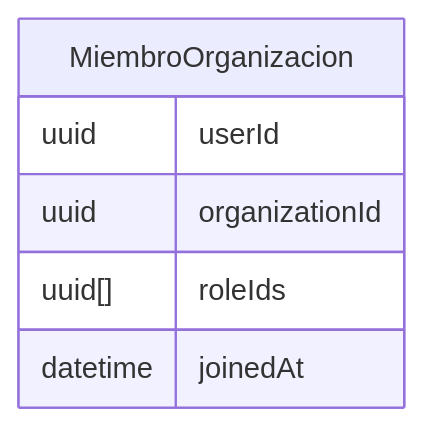
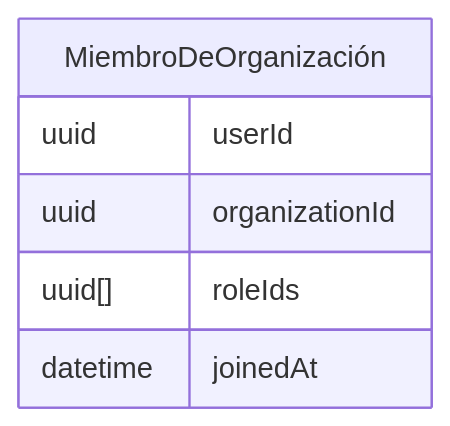
Before and after one commit to logto-io/docs: the fifth of 7 diagrams in i18n/es/docusaurus-plugin-content-docs/current/use-cases/multi-tenancy/build-multi-tenant-saas-application.mdx, drawn with Mermaid. The commit also changed other lines of this file and 74 other files, not shown here.

````diff
--- a/i18n/es/docusaurus-plugin-content-docs/current/use-cases/multi-tenancy/build-multi-tenant-saas-application.mdx
+++ b/i18n/es/docusaurus-plugin-content-docs/current/use-cases/multi-tenancy/build-multi-tenant-saas-application.mdx
@@ -281,10 +281,10 @@
 ```mermaid
 erDiagram
-    MiembroOrganizacion {
+    MiembroDeOrganización {
         uuid userId
         uuid organizationId
         uuid[] roleIds
         datetime joinedAt
     }
 
 ```
````
